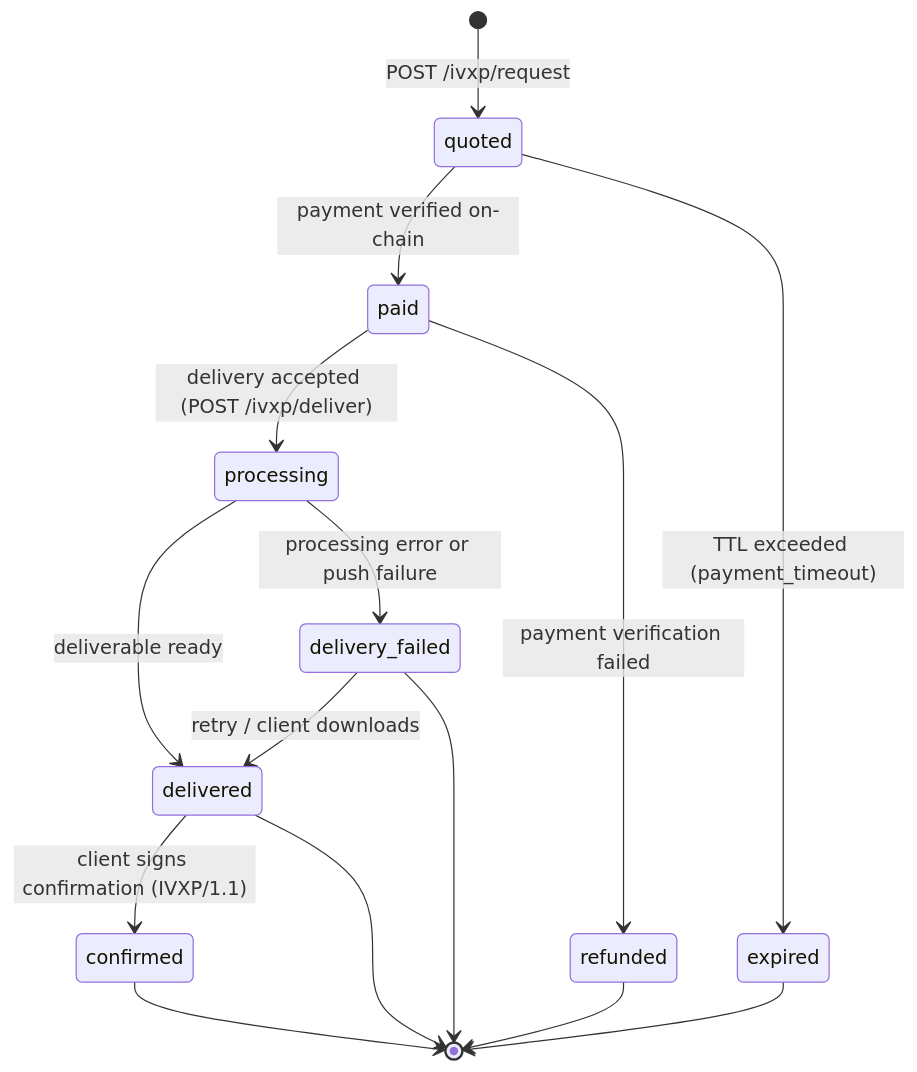
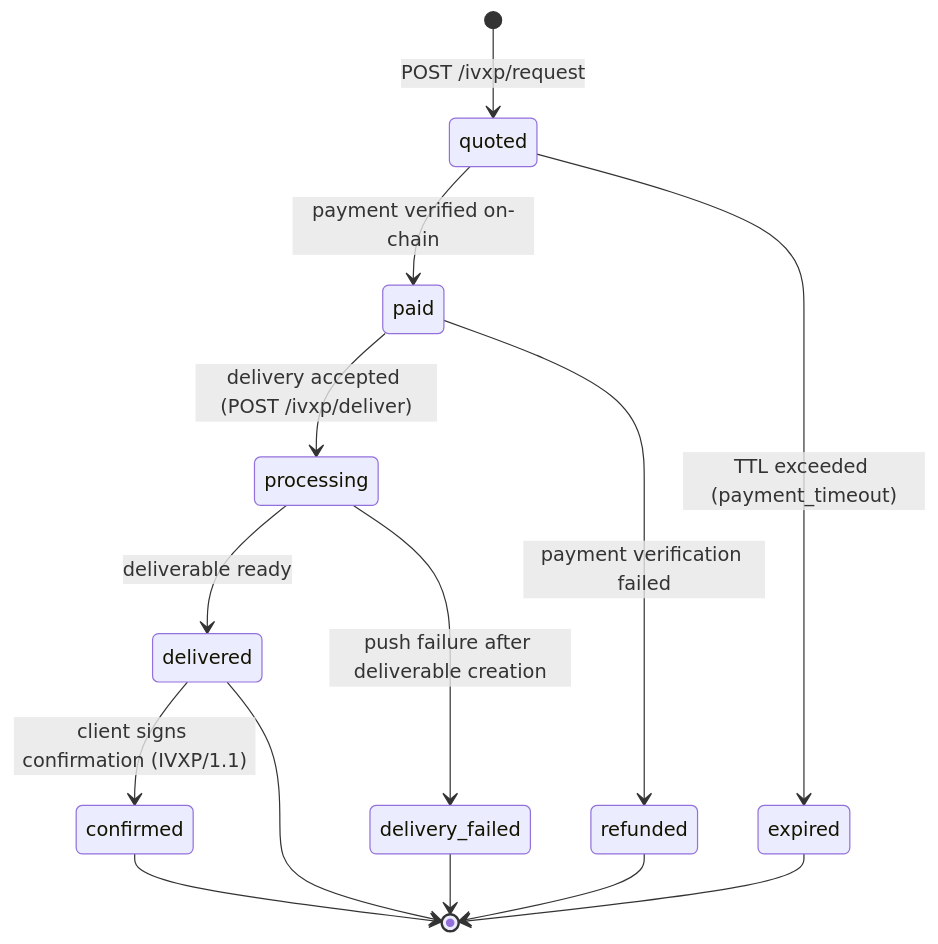
Before and after one commit to franksprotocols/ivxp-protocol: the first of 2 diagrams in docs/protocol/state-machine.md, drawn with Mermaid. The commit also changed other lines of this file and 11 other files, not shown here.

````diff
--- a/docs/protocol/state-machine.md
+++ b/docs/protocol/state-machine.md
@@ -11,20 +11,19 @@
 ```mermaid
 stateDiagram-v2
     [*] --> quoted : POST /ivxp/request
     quoted --> paid : payment verified on-chain
     paid --> processing : delivery accepted (POST /ivxp/deliver)
     processing --> delivered : deliverable ready
-    processing --> delivery_failed : processing error or push failure
+    processing --> delivery_failed : push failure after deliverable creation
 
     delivered --> confirmed : client signs confirmation (IVXP/1.1)
     confirmed --> [*]
 
     quoted --> expired : TTL exceeded (payment_timeout)
     paid --> refunded : payment verification failed
-    delivery_failed --> delivered : retry / client downloads
 
     expired --> [*]
     refunded --> [*]
     delivered --> [*]
     delivery_failed --> [*]
 ```
````
